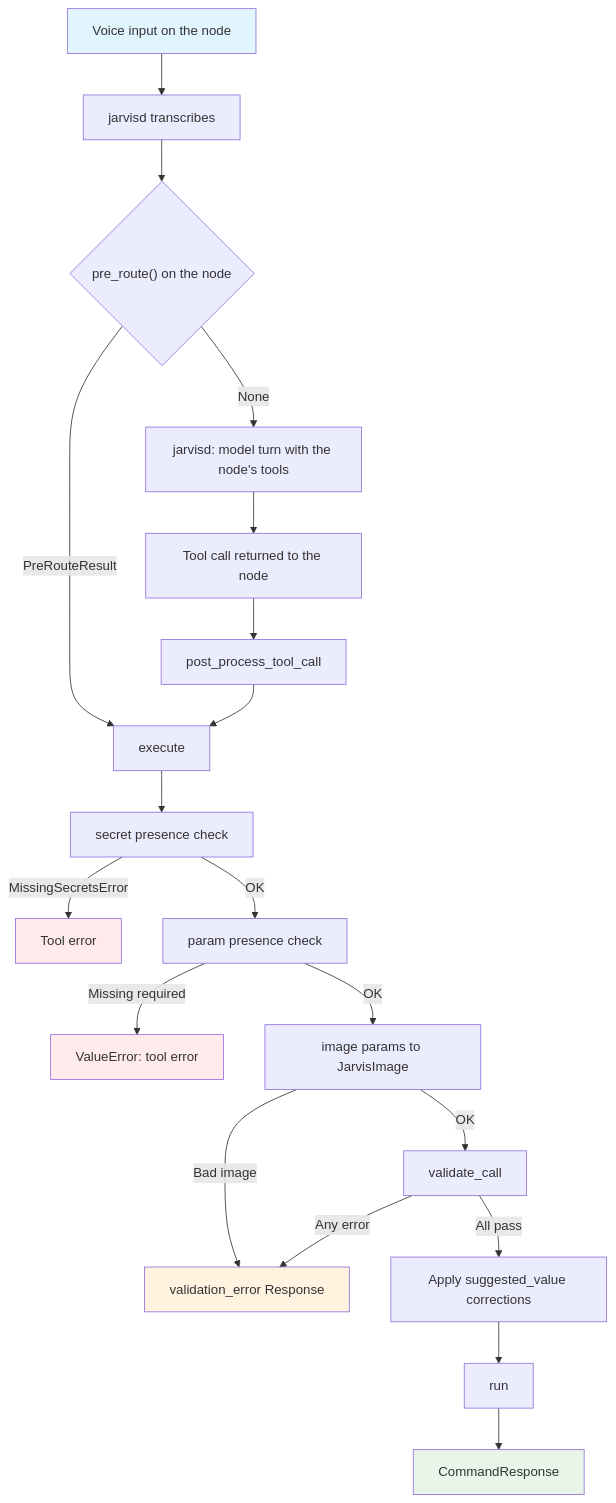
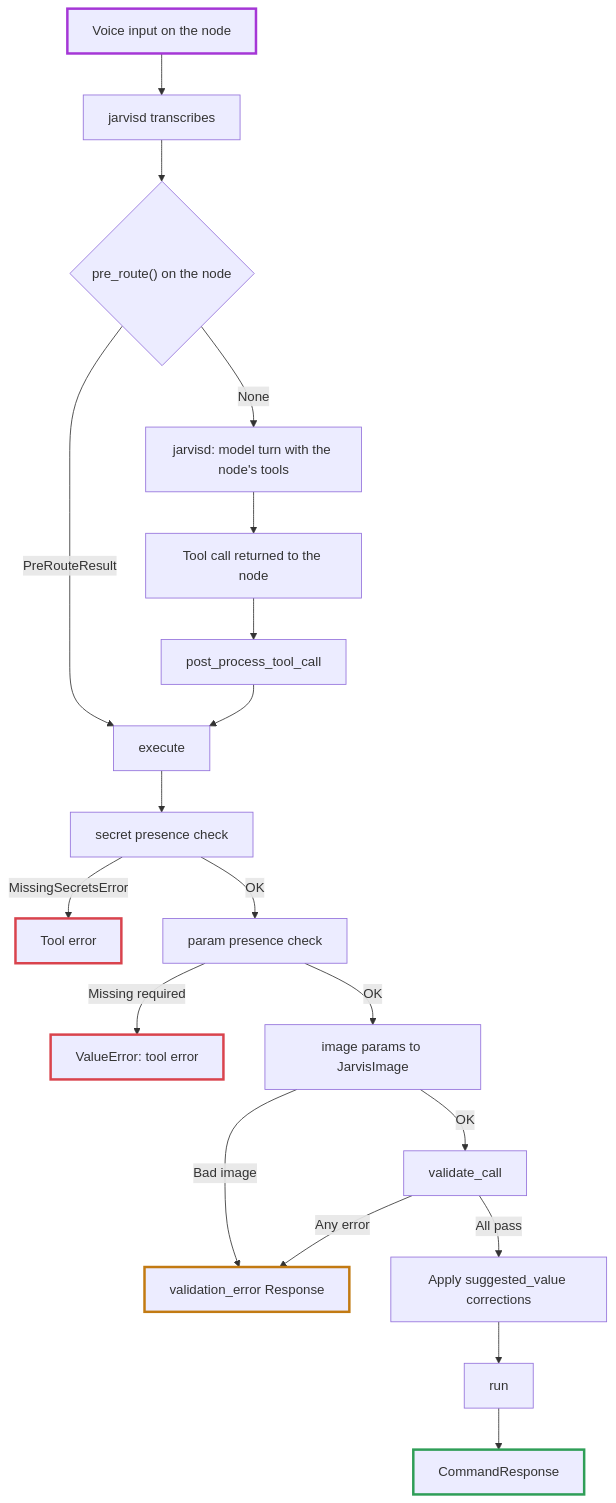
One commit to alexberardi/jarvis-docs changed the first of 4 diagrams in docs/commands/lifecycle.md. Above: the diagram before and after it, drawn with Mermaid. The commit also changed 3 other files, not shown here.

First line of the commit message:
Docs: align the Pantry commands table with the live catalog; readable lifecycle diagram in dark mode (#414) (#215)

````diff
--- a/docs/commands/lifecycle.md
+++ b/docs/commands/lifecycle.md
@@ -16,28 +16,32 @@
 ```mermaid
 flowchart TD
     A[Voice input on the node] --> T[jarvisd transcribes]
     T --> B{"pre_route() on the node"}
     B -->|PreRouteResult| F[execute]
     B -->|None| C[jarvisd: model turn with the node's tools]
     C --> D[Tool call returned to the node]
     D --> E[post_process_tool_call]
     E --> F
 
     F --> G[secret presence check]
     G -->|MissingSecretsError| ERR[Tool error]
     G -->|OK| H[param presence check]
     H -->|Missing required| ERR2[ValueError: tool error]
     H -->|OK| IMG[image params to JarvisImage]
     IMG -->|Bad image| M[validation_error Response]
     IMG -->|OK| I[validate_call]
     I -->|Any error| M
     I -->|All pass| K[Apply suggested_value corrections]
     K --> L[run]
     L --> N[CommandResponse]
 
-    style A fill:#e1f5fe
-    style N fill:#e8f5e9
-    style ERR fill:#ffebee
-    style ERR2 fill:#ffebee
-    style M fill:#fff3e0
+    %% Borders only: a fill here would keep the theme's label colour, white in dark mode.
+    classDef start stroke:#a537d6,stroke-width:3px
+    classDef done stroke:#2f9e57,stroke-width:3px
+    classDef fail stroke:#d9434d,stroke-width:3px
+    classDef invalid stroke:#c27a12,stroke-width:3px
+    class A start
+    class N done
+    class ERR,ERR2 fail
+    class M invalid
 ```
````
